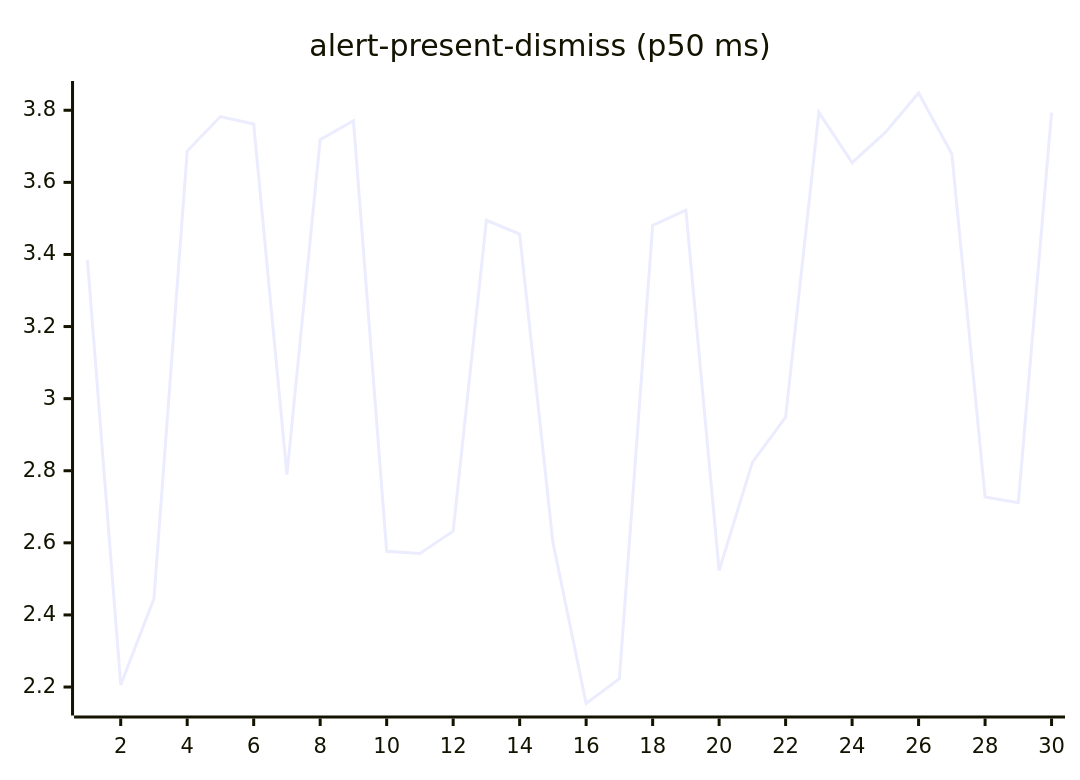
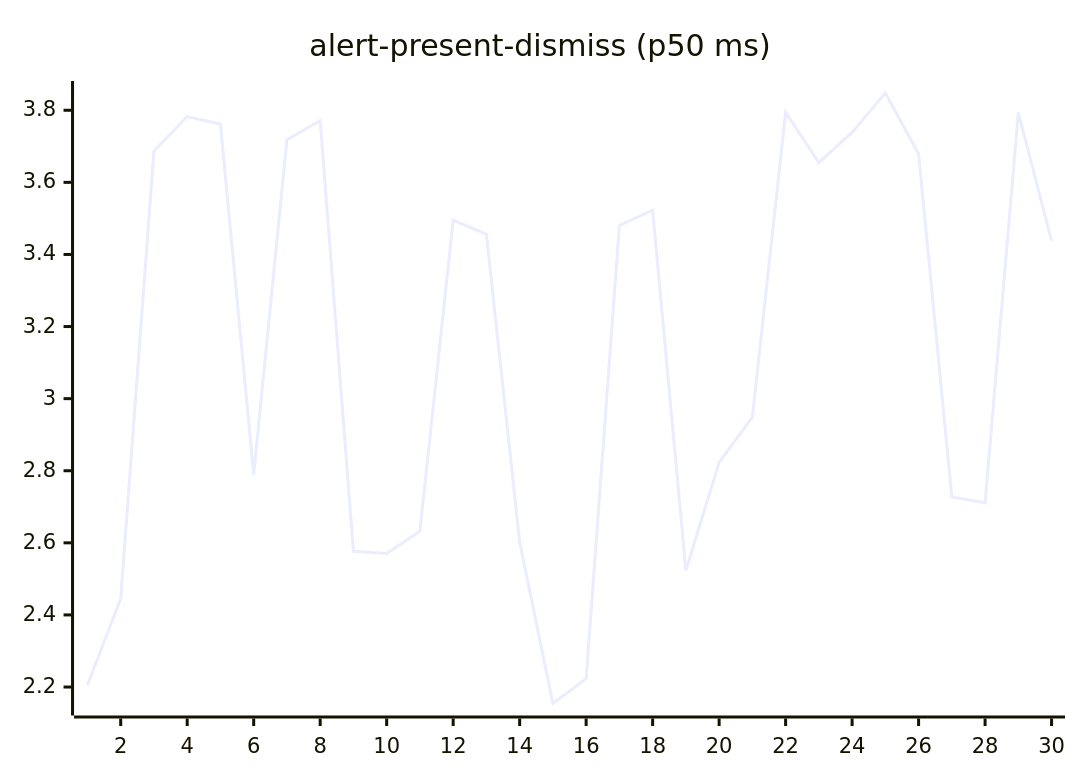
The second of 27 diagrams in README.md (josha/Facet), drawn with Mermaid before and after one commit. The commit also changed other lines of this file and 2 other files, not shown here.

````diff
--- a/README.md
+++ b/README.md
@@ -70,6 +70,6 @@
 ```mermaid
 xychart-beta
     title "alert-present-dismiss (p50 ms)"
     x-axis 1 --> 30
-    line [3.3851, 2.2058, 2.4450, 3.6869, 3.7826, 3.7621, 2.7891, 3.7187, 3.7708, 2.5766, 2.5704, 2.6324, 3.4949, 3.4566, 2.6019, 2.1543, 2.2230, 3.4803, 3.5227, 2.5229, 2.8233, 2.9484, 3.7942, 3.6546, 3.7386, 3.8479, 3.6788, 2.7270, 2.7111, 3.7936]
+    line [2.2058, 2.4450, 3.6869, 3.7826, 3.7621, 2.7891, 3.7187, 3.7708, 2.5766, 2.5704, 2.6324, 3.4949, 3.4566, 2.6019, 2.1543, 2.2230, 3.4803, 3.5227, 2.5229, 2.8233, 2.9484, 3.7942, 3.6546, 3.7386, 3.8479, 3.6788, 2.7270, 2.7111, 3.7936, 3.4376]
 ```
````
